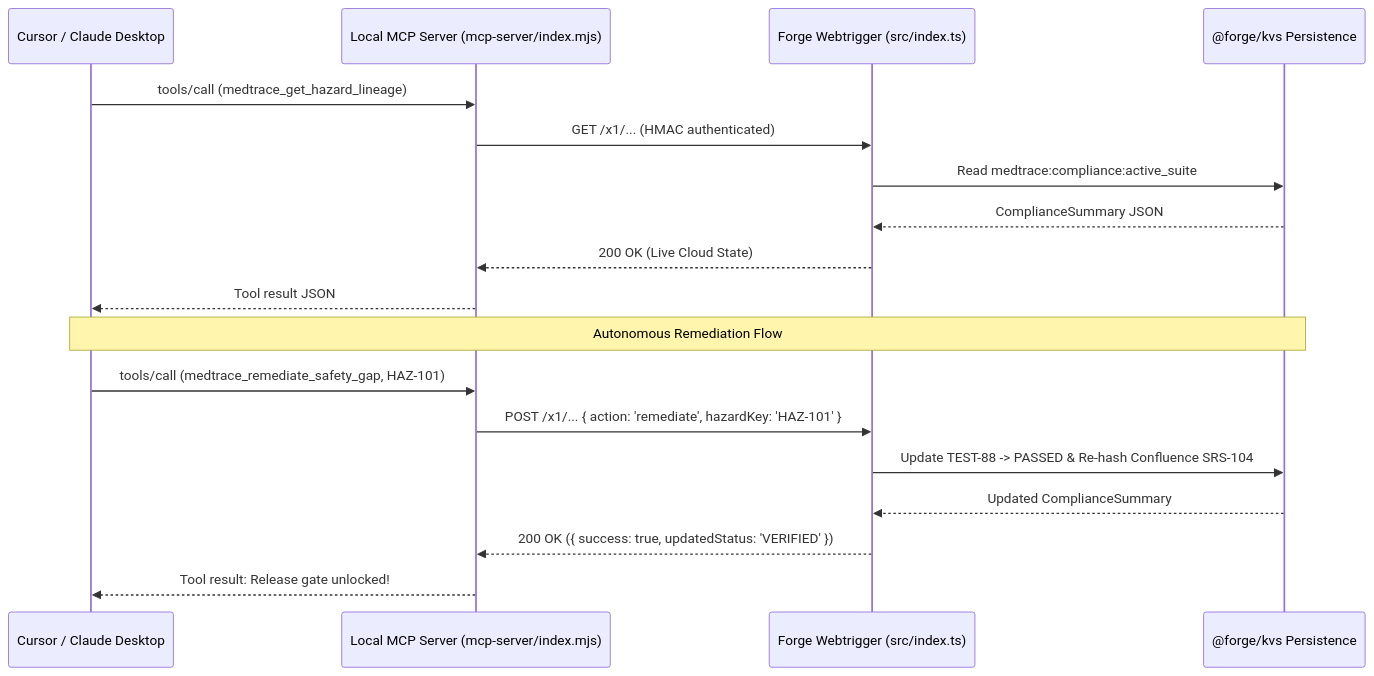
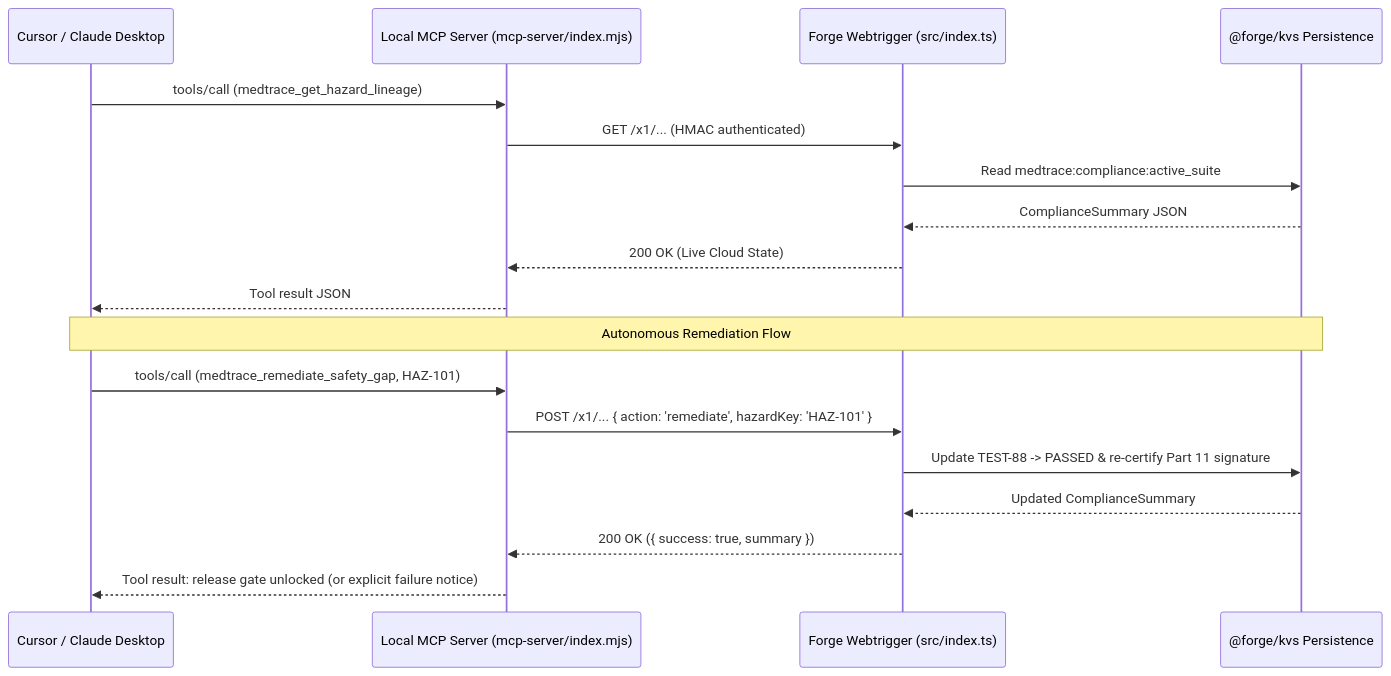
The diagram in docs/03-mcp-integration/live-sync.md (armageden/MedTrace), drawn with Mermaid before and after one commit. The commit also changed other lines of this file and 76 other files, not shown here.

Commit message:
chore(release): fix submission framing, clean junk files, and align KVS limits

````diff
--- a/docs/03-mcp-integration/live-sync.md
+++ b/docs/03-mcp-integration/live-sync.md
@@ -34,22 +34,22 @@
 ```mermaid
 sequenceDiagram
     participant IDE as Cursor / Claude Desktop
     participant MCP as Local MCP Server (mcp-server/index.mjs)
     participant Cloud as Forge Webtrigger (src/index.ts)
     participant KVS as @forge/kvs Persistence
 
     IDE->>MCP: tools/call (medtrace_get_hazard_lineage)
     MCP->>Cloud: GET /x1/... (HMAC authenticated)
     Cloud->>KVS: Read medtrace:compliance:active_suite
     KVS-->>Cloud: ComplianceSummary JSON
     Cloud-->>MCP: 200 OK (Live Cloud State)
     MCP-->>IDE: Tool result JSON
 
     Note over IDE,KVS: Autonomous Remediation Flow
     IDE->>MCP: tools/call (medtrace_remediate_safety_gap, HAZ-101)
     MCP->>Cloud: POST /x1/... { action: 'remediate', hazardKey: 'HAZ-101' }
-    Cloud->>KVS: Update TEST-88 -> PASSED & Re-hash Confluence SRS-104
+    Cloud->>KVS: Update TEST-88 -> PASSED & re-certify Part 11 signature
     KVS-->>Cloud: Updated ComplianceSummary
-    Cloud-->>MCP: 200 OK ({ success: true, updatedStatus: 'VERIFIED' })
-    MCP-->>IDE: Tool result: Release gate unlocked!
+    Cloud-->>MCP: 200 OK ({ success: true, summary })
+    MCP-->>IDE: Tool result: release gate unlocked (or explicit failure notice)
 ```
````
